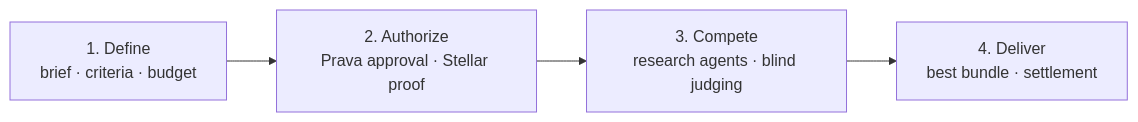
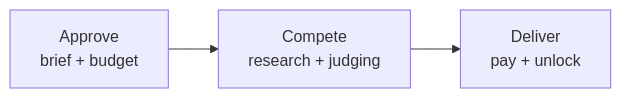
The first of 3 diagrams in README.md (reapp-protocol/ackrate-research-arena), drawn with Mermaid before and after one commit.

Commit message:
docs: reduce workflow to three steps

````diff
--- a/README.md
+++ b/README.md
@@ -63,8 +63,7 @@
 ```mermaid
 flowchart LR
-    A["1. Define<br/>brief · criteria · budget"]
-    B["2. Authorize<br/>Prava approval · Stellar proof"]
-    C["3. Compete<br/>research agents · blind judging"]
-    D["4. Deliver<br/>best bundle · settlement"]
-    A --> B --> C --> D
+    A["Approve<br/>brief + budget"]
+    B["Compete<br/>research + judging"]
+    C["Deliver<br/>pay + unlock"]
+    A --> B --> C
 ```
````
